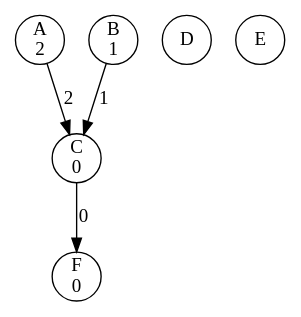
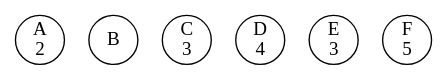
One commit to li23179/GO changed the diagram in concurrency-lab-2/bank/out/0000000007.gv. Above: the diagram before and after it, drawn with Graphviz. The commit also changed 25 other files, not shown here.

```diff
--- a/concurrency-lab-2/bank/out/0000000007.gv
+++ b/concurrency-lab-2/bank/out/0000000007.gv
@@ -1,11 +1,8 @@
 digraph bank {
 	 0 [label= "A\n2" , pos= "1,0!" , shape=circle, fixedsize=true, width=0.5 ]
-	 1 [label= "B\n1" , pos= "0,1!" , shape=circle, fixedsize=true, width=0.5 ]
-	 2 [label= "C\n0" , pos= "1,2!" , shape=circle, fixedsize=true, width=0.5 ]
-	 3 [label= "D\n" , pos= "2,2!" , shape=circle, fixedsize=true, width=0.5 ]
-	 4 [label= "E\n" , pos= "3,1!" , shape=circle, fixedsize=true, width=0.5 ]
-	 5 [label= "F\n0" , pos= "2,0!" , shape=circle, fixedsize=true, width=0.5 ]
-	 "0" -> "2" [label= "2" ]
-	 "1" -> "2" [label= "1" ]
-	 "2" -> "5" [label= "0" ]
+	 1 [label= "B\n" , pos= "0,1!" , shape=circle, fixedsize=true, width=0.5 ]
+	 2 [label= "C\n3" , pos= "1,2!" , shape=circle, fixedsize=true, width=0.5 ]
+	 3 [label= "D\n4" , pos= "2,2!" , shape=circle, fixedsize=true, width=0.5 ]
+	 4 [label= "E\n3" , pos= "3,1!" , shape=circle, fixedsize=true, width=0.5 ]
+	 5 [label= "F\n5" , pos= "2,0!" , shape=circle, fixedsize=true, width=0.5 ]
 }
```
